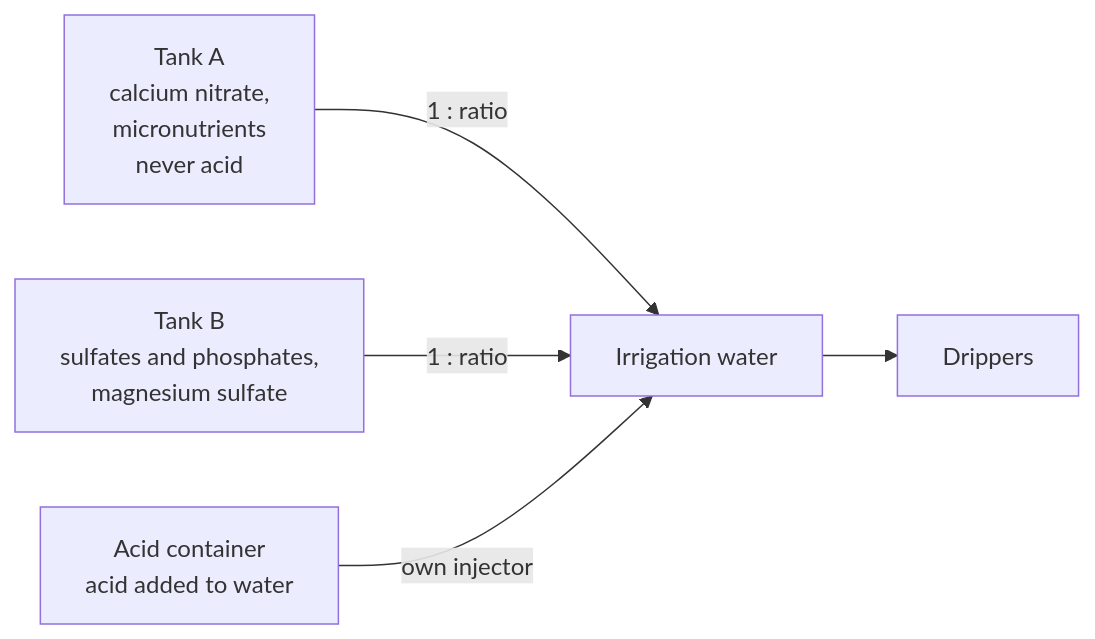
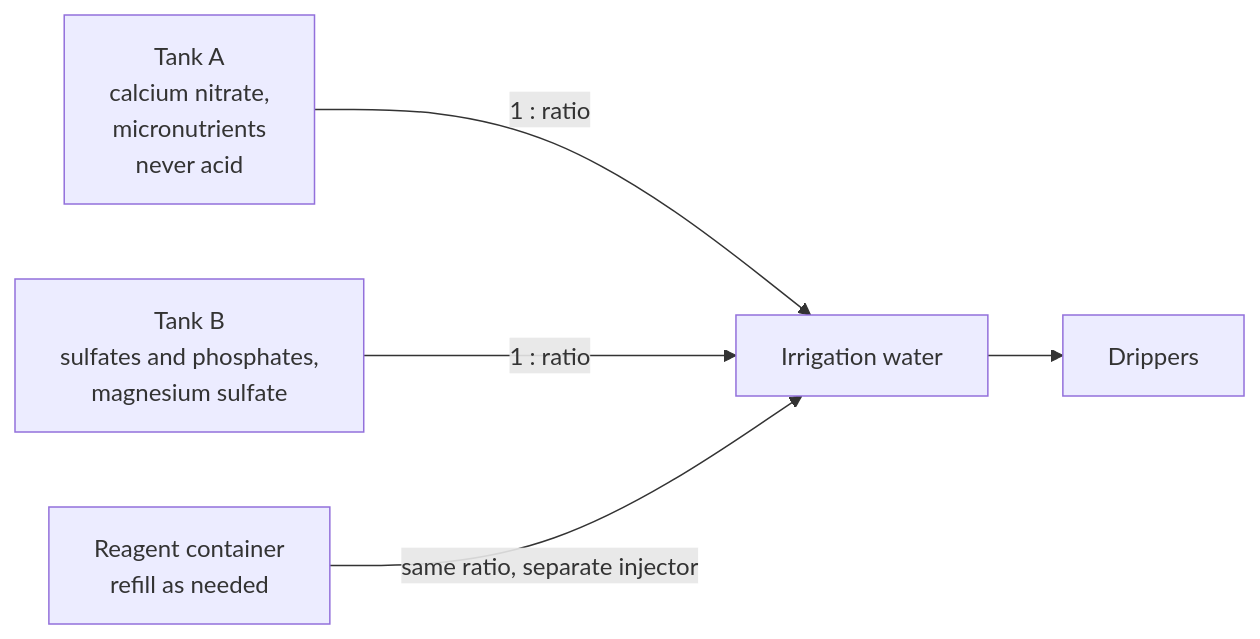
One commit to rafatahmed/Flahax changed the diagram in docs/site/grower/batch-sheet.md. Above: the diagram before and after it, drawn with Mermaid. The commit also changed other lines of this file and 30 other files, not shown here.

````diff
--- a/docs/site/grower/batch-sheet.md
+++ b/docs/site/grower/batch-sheet.md
@@ -6,10 +6,10 @@
 ```{mermaid}
 ---
 caption: Illustrative tank layout; actual assignments depend on qualified conditions
 ---
 flowchart LR
     A[Tank A<br/>calcium nitrate,<br/>micronutrients<br/>never acid] -->|1 : ratio| I[Irrigation water]
     B[Tank B<br/>sulfates and phosphates,<br/>magnesium sulfate] -->|1 : ratio| I
-    C[Acid container<br/>acid added to water] -->|own injector| I
+    C[Reagent container<br/>refill as needed] -->|same ratio, separate injector| I
     I --> D[Drippers]
 ```
````
